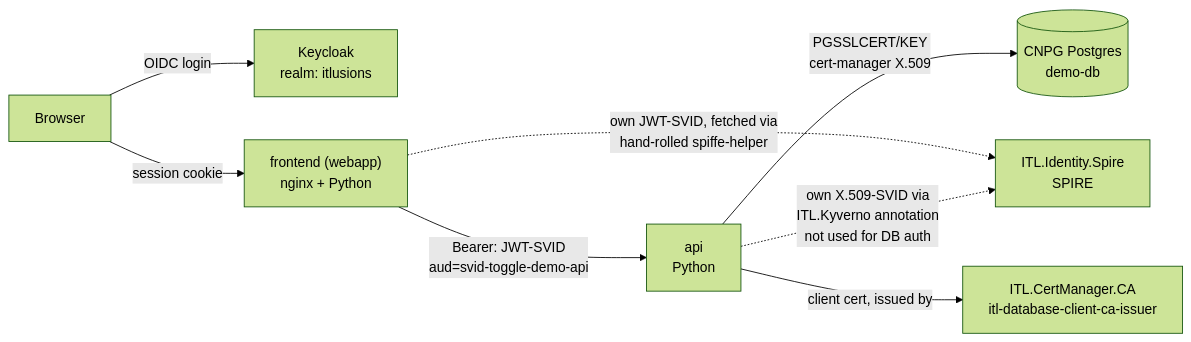
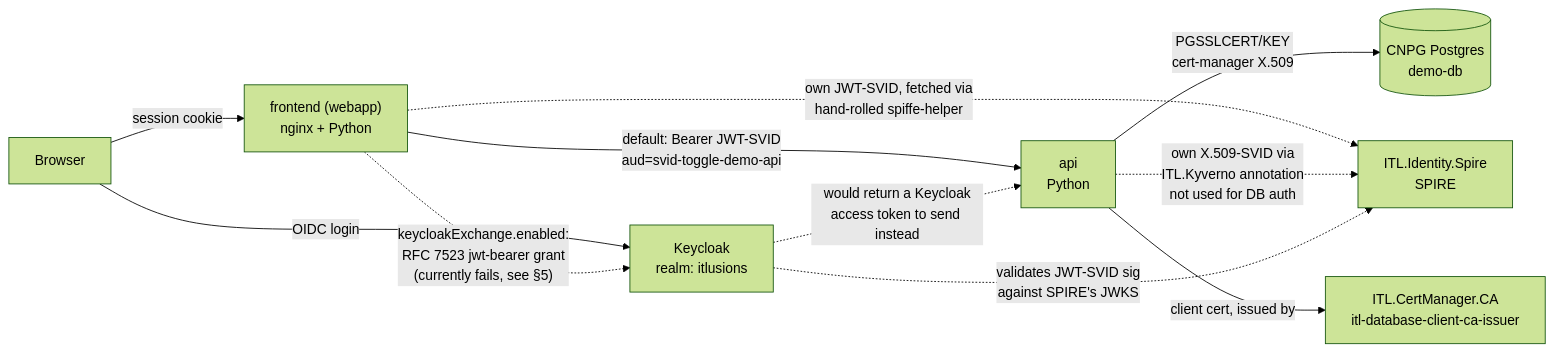
The diagram in examples/svid-toggle-demo/README.md (ITlusions/ITL.Identity.Spire), drawn with Mermaid (forest theme) before and after one commit. The commit also changed other lines of this file, not shown here.

First line of the commit message:
Document the Keycloak token-exchange hop in svid-toggle-demo's README

````diff
--- a/examples/svid-toggle-demo/README.md
+++ b/examples/svid-toggle-demo/README.md
@@ -19,11 +23,14 @@
 ```mermaid
 flowchart LR
     B["Browser"] -->|"OIDC login"| KC["Keycloak<br/>realm: itlusions"]
     B -->|"session cookie"| FE["frontend (webapp)<br/>nginx + Python"]
-    FE -->|"Bearer: JWT-SVID<br/>aud=svid-toggle-demo-api"| API["api<br/>Python"]
+    FE -->|"default: Bearer JWT-SVID<br/>aud=svid-toggle-demo-api"| API["api<br/>Python"]
+    FE -.->|"keycloakExchange.enabled:<br/>RFC 7523 jwt-bearer grant<br/>(currently fails, see §5)"| KC
+    KC -.->|"would return a Keycloak<br/>access token to send instead"| API
     API -->|"PGSSLCERT/KEY<br/>cert-manager X.509"| DB[("CNPG Postgres<br/>demo-db")]
 
     FE -.->|"own JWT-SVID, fetched via<br/>hand-rolled spiffe-helper"| SPIRE["ITL.Identity.Spire<br/>SPIRE"]
     API -.->|"own X.509-SVID via<br/>ITL.Kyverno annotation<br/>not used for DB auth"| SPIRE
     API -->|"client cert, issued by"| CERTCA["ITL.CertManager.CA<br/>itl-database-client-ca-issuer"]
+    KC -.->|"validates JWT-SVID sig<br/>against SPIRE's JWKS"| SPIRE
 ```
````
